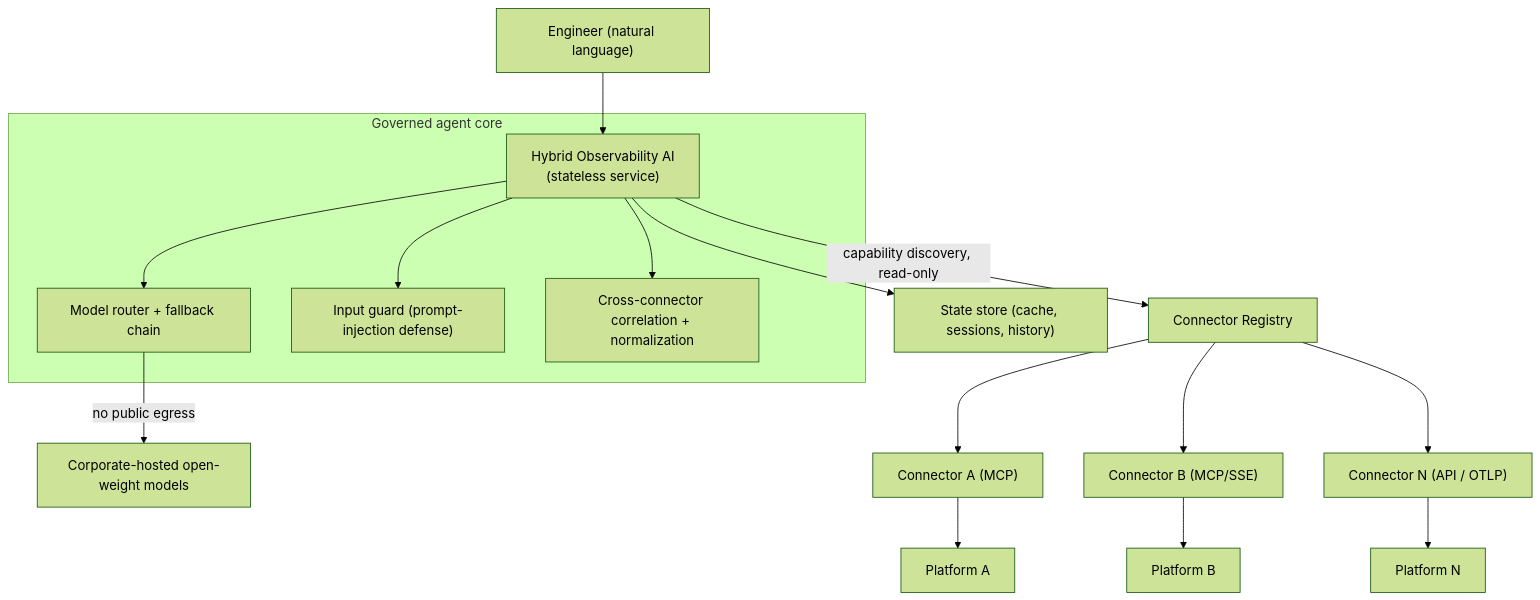
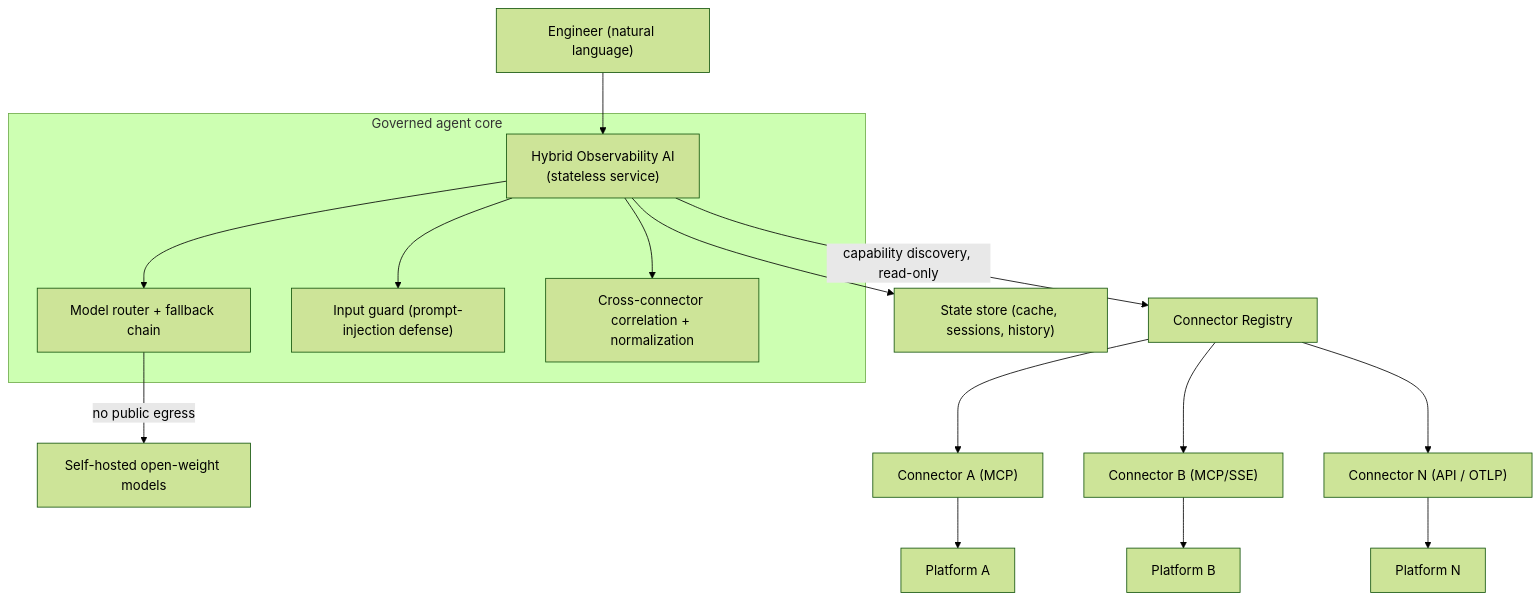
The diagram in README.md (svemurilv/hybrid-observability-ai), drawn with Mermaid (forest theme) before and after one commit. The commit also changed other lines of this file and 12 other files, not shown here.

````diff
--- a/README.md
+++ b/README.md
@@ -36,15 +40,15 @@
 ```mermaid
 flowchart TB
   U["Engineer (natural language)"] --> APP["Hybrid Observability AI<br/>(stateless service)"]
   subgraph Core["Governed agent core"]
     APP --> ROUTER["Model router + fallback chain"]
     APP --> GUARD["Input guard (prompt-injection defense)"]
     APP --> CORR["Cross-connector correlation + normalization"]
   end
-  ROUTER -->|no public egress| LLM["Corporate-hosted open-weight models"]
+  ROUTER -->|no public egress| LLM["Self-hosted open-weight models"]
   APP -->|capability discovery, read-only| REG["Connector Registry"]
   REG --> C1["Connector A (MCP)"] --> P1["Platform A"]
   REG --> C2["Connector B (MCP/SSE)"] --> P2["Platform B"]
   REG --> C3["Connector N (API / OTLP)"] --> P3["Platform N"]
   APP --> STORE["State store (cache, sessions, history)"]
 ```
````
